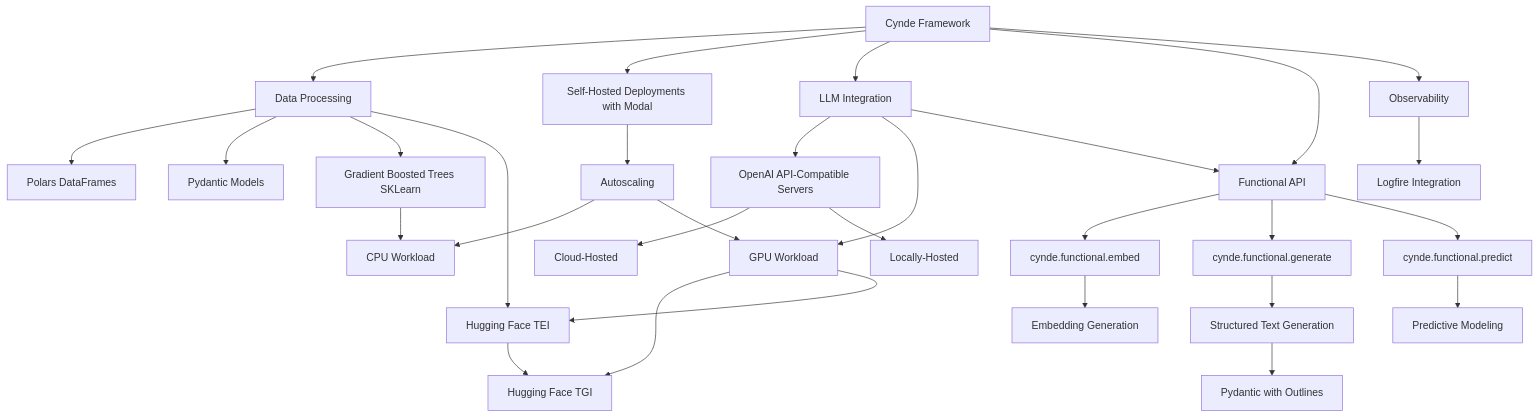
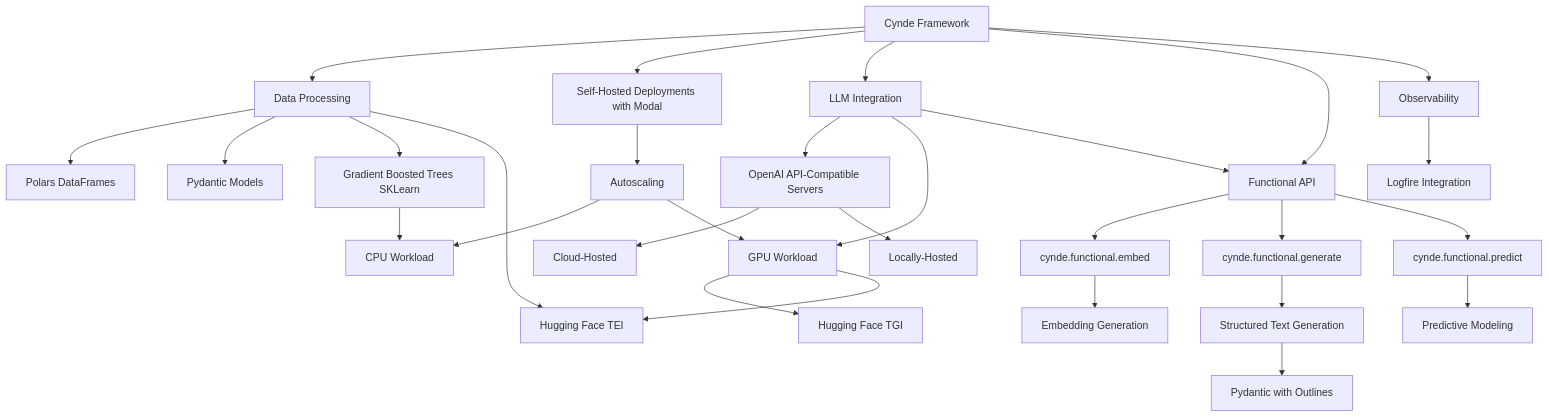
One commit to Neural-Dragon-AI/Cynde changed the diagram in drawings.md. Above: the diagram before and after it, drawn with Mermaid.

````diff
--- a/drawings.md
+++ b/drawings.md
@@ -3,36 +3,36 @@
 ```mermaid
 graph TD
     A[Cynde Framework] --> B[Data Processing]
     B --> C[Polars DataFrames]
     B --> D[Pydantic Models]
     B --> E[Gradient Boosted Trees SKLearn]
     B --> O[Outlines]
     A --> P[Self-Hosted Deployments with Modal]
 
     P --> F[Autoscaling]
     F --> G[CPU Workload]
     E --> G
     F --> M[GPU Workload]
 
     A --> H[LLM Integration]
     H --> I[OpenAI API-Compatible Servers]
     I --> J[Cloud-Hosted]
     I --> K[Locally-Hosted]
     H --> M
     M --> N[Hugging Face TGI]
-    O --> N
+   
     M --> O[Hugging Face TEI]
 
     A --> Q[Functional API]
     Q --> R[cynde.functional.embed]
     R --> S[Embedding Generation]
     Q --> T[cynde.functional.generate]
     H --> Q
     T --> U[Structured Text Generation]
     U --> V[Pydantic with Outlines]
     Q --> W[cynde.functional.predict]
     W --> X[Predictive Modeling]
 
     A --> Y[Observability]
     Y --> Z[Logfire Integration]
 ```
````
